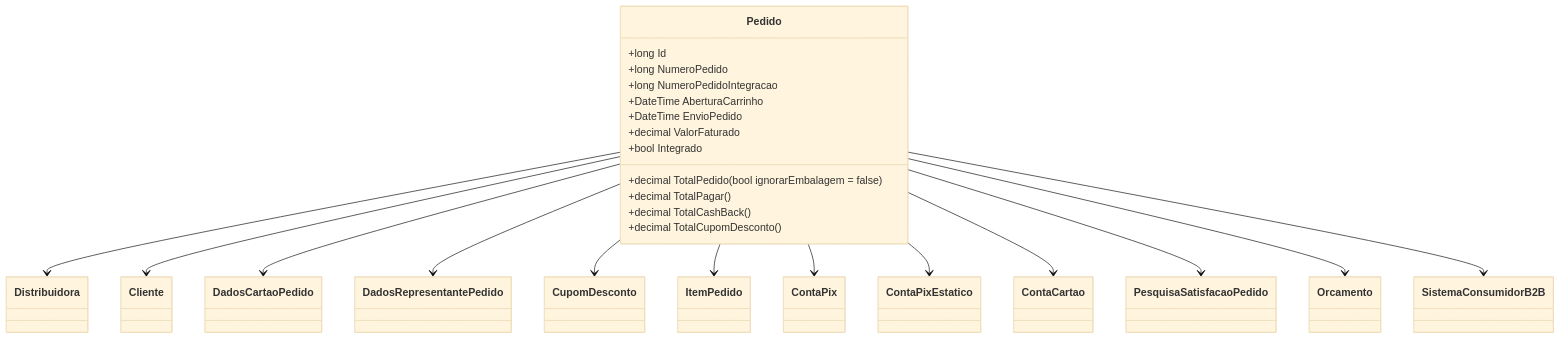
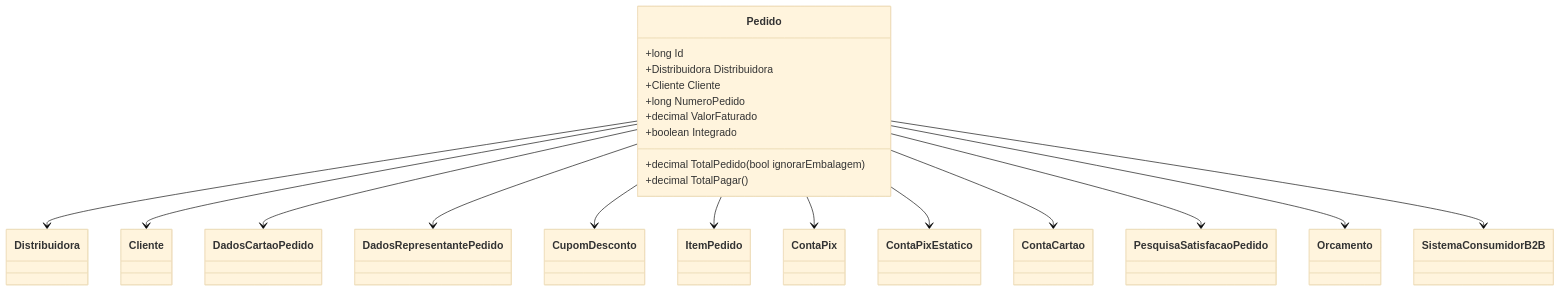
Before and after one commit to IsthmusSistemas/documentacao-tecnica: the second of 2 diagrams in docs/b2b-dominio/IsthmusWinthor.Nucleo/IsthmusWinthor.Dominio/Entidades/Pedido.md, drawn with Mermaid (base theme). The commit also changed other lines of this file and 882 other files, not shown here.

````diff
--- a/docs/b2b-dominio/IsthmusWinthor.Nucleo/IsthmusWinthor.Dominio/Entidades/Pedido.md
+++ b/docs/b2b-dominio/IsthmusWinthor.Nucleo/IsthmusWinthor.Dominio/Entidades/Pedido.md
@@ -101,42 +85,39 @@
 ```mermaid
 classDiagram
     class Pedido {
         +long Id
+        +Distribuidora Distribuidora
+        +Cliente Cliente
         +long NumeroPedido
-        +long NumeroPedidoIntegracao
-        +DateTime AberturaCarrinho
-        +DateTime EnvioPedido
         +decimal ValorFaturado
-        +bool Integrado
-        +decimal TotalPedido(bool ignorarEmbalagem = false)
+        +boolean Integrado
+        +decimal TotalPedido(bool ignorarEmbalagem)
         +decimal TotalPagar()
-        +decimal TotalCashBack()
-        +decimal TotalCupomDesconto()
     }
     
-    class Distribuidora
-    class Cliente
-    class DadosCartaoPedido
-    class DadosRepresentantePedido
-    class CupomDesconto
-    class ItemPedido
-    class ContaPix
-    class ContaPixEstatico
-    class ContaCartao
-    class PesquisaSatisfacaoPedido
-    class Orcamento
-    class SistemaConsumidorB2B
+    class Distribuidora {}
+    class Cliente {}
+    class DadosCartaoPedido {}
+    class DadosRepresentantePedido {}
+    class CupomDesconto {}
+    class ItemPedido {}
+    class ContaPix {}
+    class ContaPixEstatico {}
+    class ContaCartao {}
+    class PesquisaSatisfacaoPedido {}
+    class Orcamento {}
+    class SistemaConsumidorB2B {}
 
     Pedido --> Distribuidora
     Pedido --> Cliente
     Pedido --> DadosCartaoPedido
     Pedido --> DadosRepresentantePedido
     Pedido --> CupomDesconto
     Pedido --> ItemPedido
     Pedido --> ContaPix
     Pedido --> ContaPixEstatico
     Pedido --> ContaCartao
     Pedido --> PesquisaSatisfacaoPedido
     Pedido --> Orcamento
     Pedido --> SistemaConsumidorB2B
 ```
````
